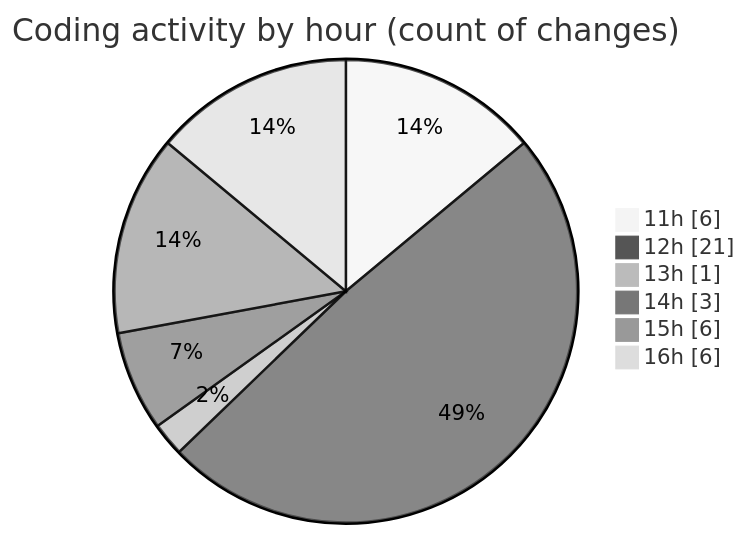
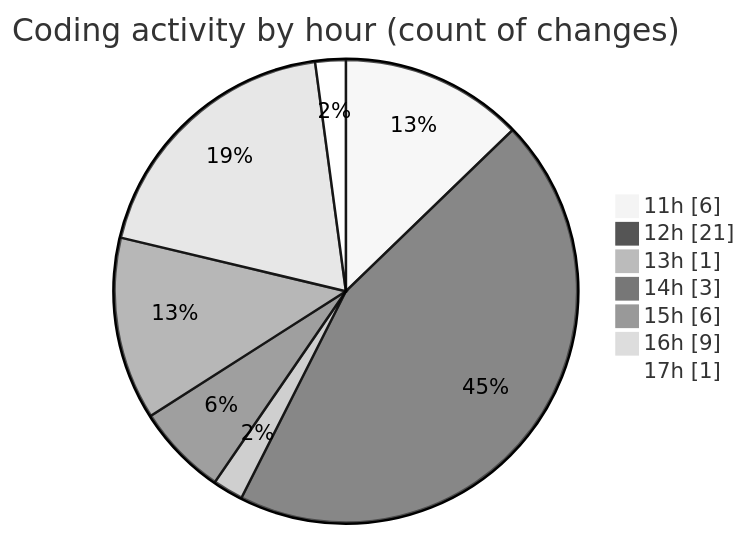
The second of 2 diagrams in 2025-04-16/nxtqube_webapp/README.md (nxtqubesakshisongat/code-tracking), drawn with Mermaid (neutral theme) before and after one commit. The commit also changed other lines of this file and 1 other file, not shown here.

````diff
--- a/2025-04-16/nxtqube_webapp/README.md
+++ b/2025-04-16/nxtqube_webapp/README.md
@@ -29,10 +29,11 @@
 ```mermaid
 pie showData
 title Coding activity by hour (count of changes)
 "11h" : 6
 "12h" : 21
 "13h" : 1
 "14h" : 3
 "15h" : 6
-"16h" : 6
+"16h" : 9
+"17h" : 1
 ```
````
